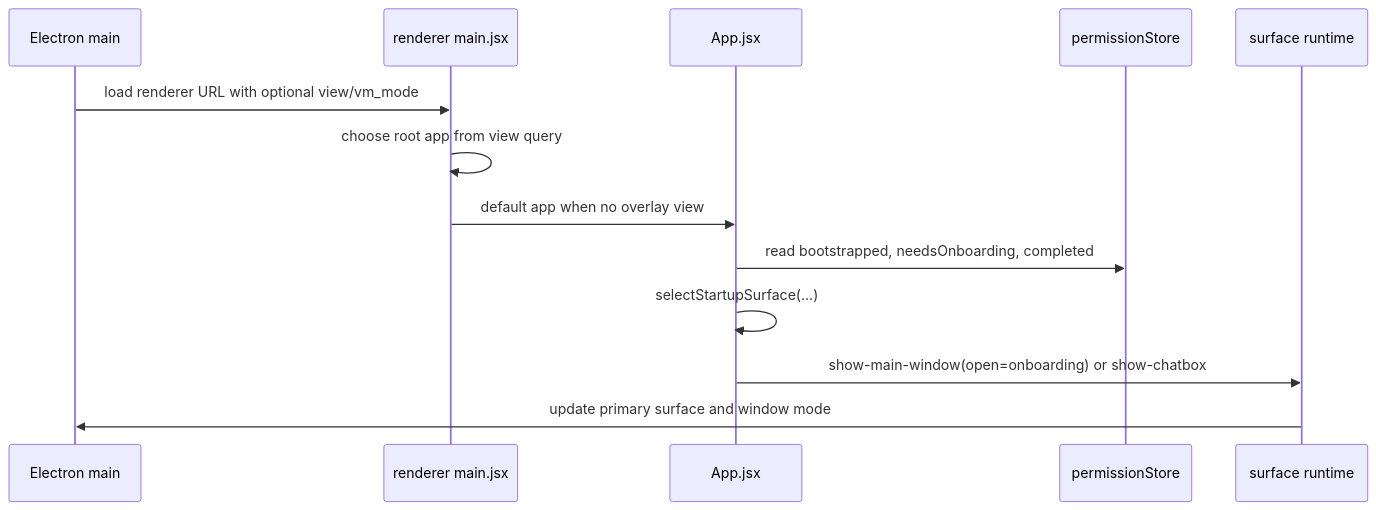
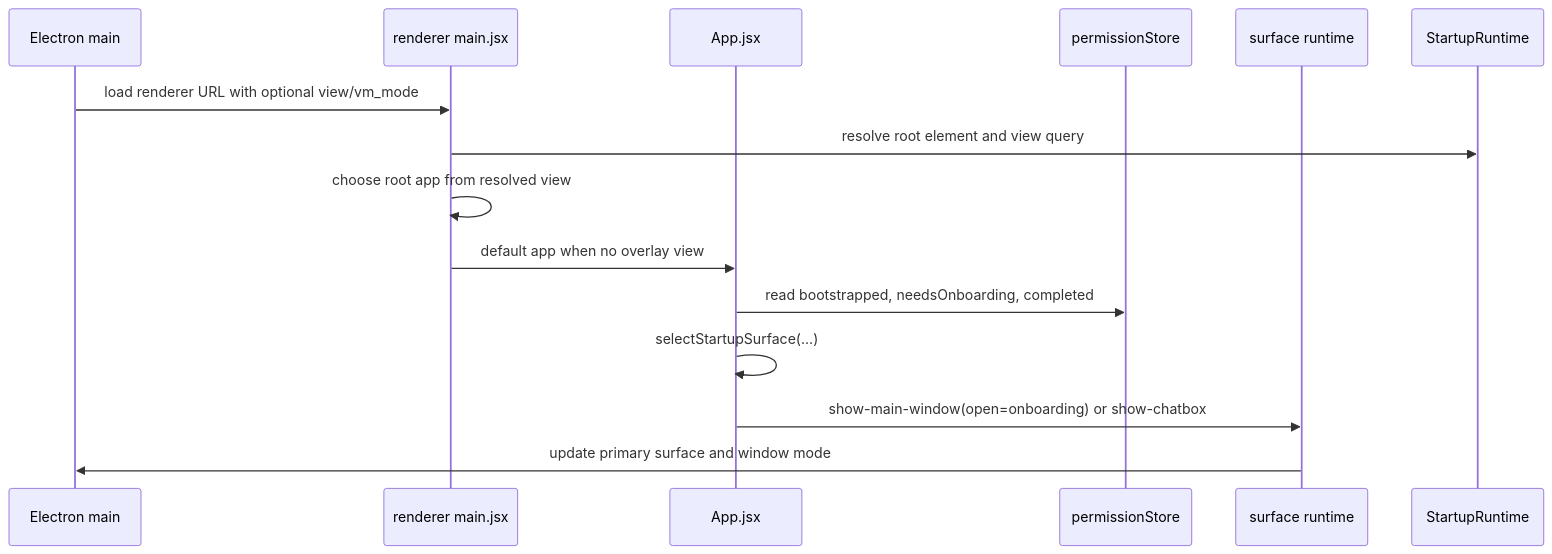
Before and after one commit to buiilding/My_Own_OpenClaw: the diagram in docs/frontend/renderer/app_startup_onboarding_change_workflow.md, drawn with Mermaid. The commit also changed other lines of this file and 12 other files, not shown here.

First line of the commit message:
refactor(renderer): route startup root lookup through runtime

````diff
--- a/docs/frontend/renderer/app_startup_onboarding_change_workflow.md
+++ b/docs/frontend/renderer/app_startup_onboarding_change_workflow.md
@@ -48,16 +50,17 @@
 ```mermaid
 sequenceDiagram
     participant Main as Electron main
     participant Entry as renderer main.jsx
     participant App as App.jsx
     participant Perm as permissionStore
     participant Surface as surface runtime
 
     Main->>Entry: load renderer URL with optional view/vm_mode
-    Entry->>Entry: choose root app from view query
+    Entry->>StartupRuntime: resolve root element and view query
+    Entry->>Entry: choose root app from resolved view
     Entry->>App: default app when no overlay view
     App->>Perm: read bootstrapped, needsOnboarding, completed
     App->>App: selectStartupSurface(...)
     App->>Surface: show-main-window(open=onboarding) or show-chatbox
     Surface->>Main: update primary surface and window mode
 ```
````
